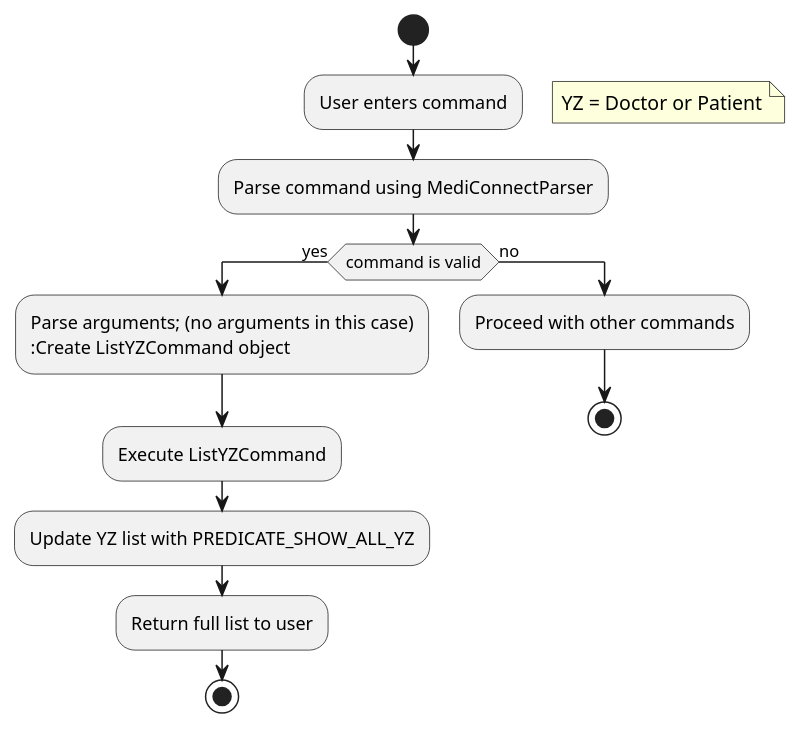
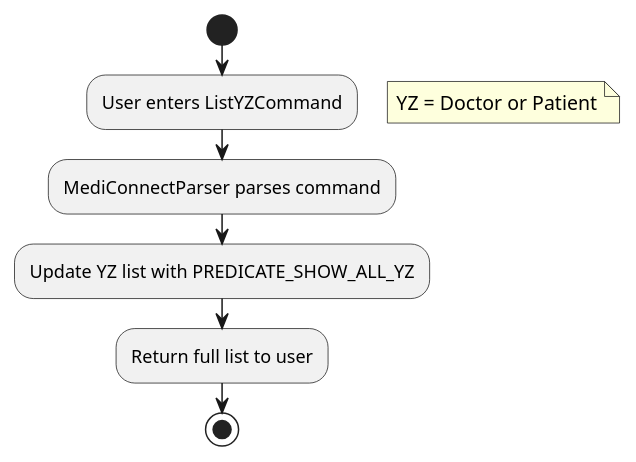
The diagram in docs/diagrams/commands/ListCommandActivityDiagram.puml (yanghengtang/tp), drawn with PlantUML before and after one commit. The commit also changed 3 other files, not shown here.

Commit message:
Update Find/List Doctor/Patient Command Activity Diagram

```diff
--- a/docs/diagrams/commands/ListCommandActivityDiagram.puml
+++ b/docs/diagrams/commands/ListCommandActivityDiagram.puml
@@ -1,19 +1,11 @@
 @startuml
 start
-:User enters command;
+:User enters ListYZCommand;
 floating note right
     YZ = Doctor or Patient
 endnote
-:Parse command using MediConnectParser;
-if (command is valid) then (yes)
-    :Parse arguments; (no arguments in this case)
-    :Create ListYZCommand object;
-    :Execute ListYZCommand;
-    :Update YZ list with PREDICATE_SHOW_ALL_YZ;
-    :Return full list to user;
-    stop
-else (no)
-    :Proceed with other commands;
-    stop
-endif
+:MediConnectParser parses command;
+:Update YZ list with PREDICATE_SHOW_ALL_YZ;
+:Return full list to user;
+stop
 @enduml
```
